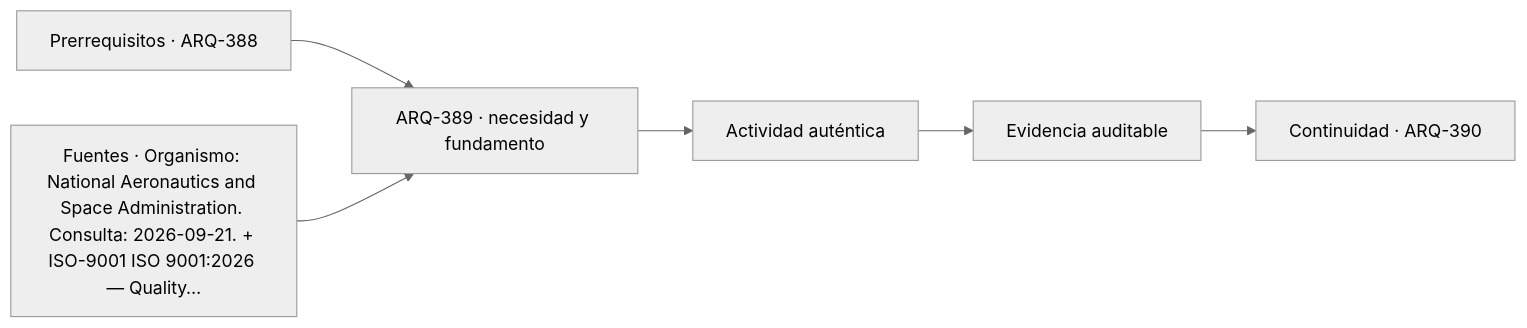
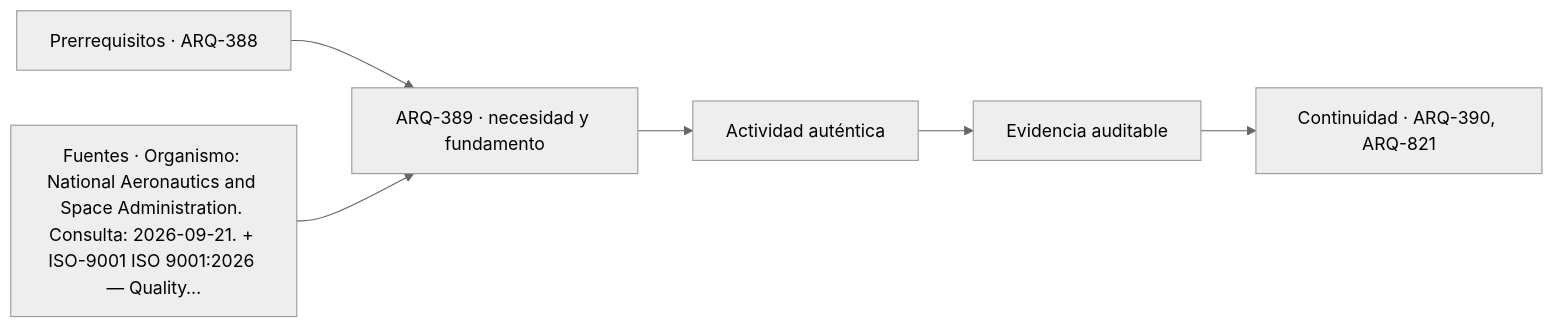
Before and after one commit to vladimiracunadev-create/architecture-built-environment-learning-program: the diagram in classes/parte-39/ARQ-389.md, drawn with Mermaid (neutral theme). The commit also changed other lines of this file and 234 other files, not shown here.

````diff
--- a/classes/parte-39/ARQ-389.md
+++ b/classes/parte-39/ARQ-389.md
@@ -113,8 +113,8 @@
 ```mermaid
 flowchart LR
     A["Prerrequisitos · ARQ-388"] --> B["ARQ-389 · necesidad y fundamento"]
     S["Fuentes · Organismo: National Aeronautics and Space Administration. Consulta: 2026-09-21. + ISO-9001 ISO 9001:2026 — Quality…"] --> B
     B --> C["Actividad auténtica"]
     C --> D["Evidencia auditable"]
-    D --> E["Continuidad · ARQ-390"]
+    D --> E["Continuidad · ARQ-390, ARQ-821"]
 ```
````
